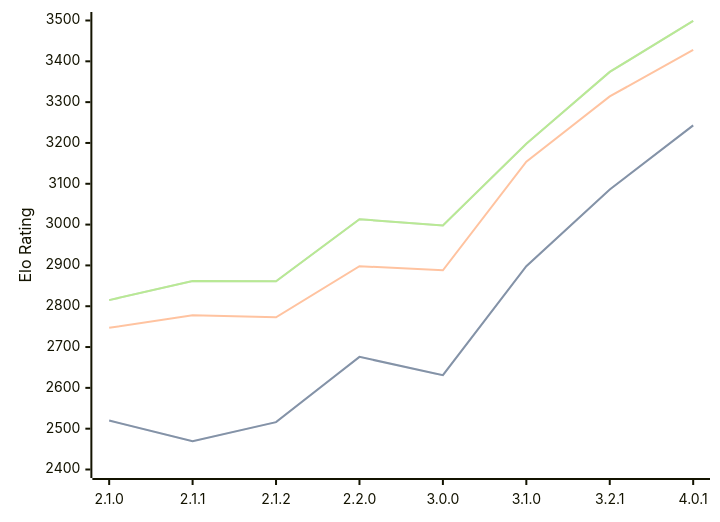
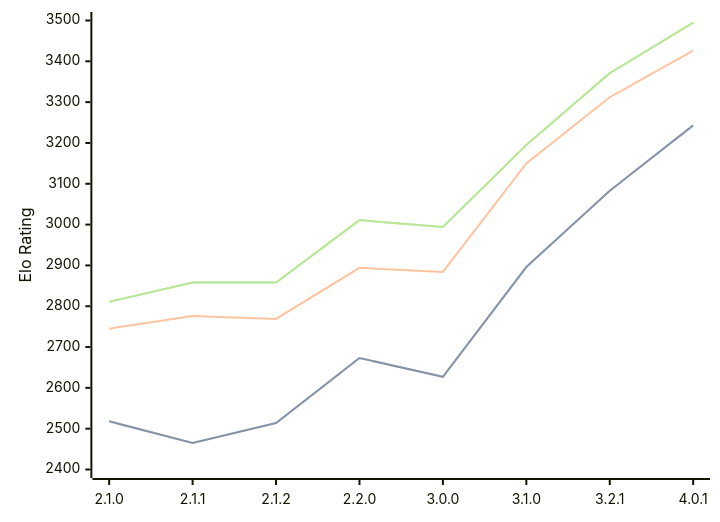
Before and after one commit to computer-chess-index/cci: the diagram in engines/Prune.md, drawn with Mermaid. The commit also changed other lines of this file, not shown here.

Commit message:
Update CCI Ratings (ELO VLTC) - 2026-08-12

````diff
--- a/engines/Prune.md
+++ b/engines/Prune.md
@@ -40,11 +40,11 @@
 ```mermaid
 %%{init: {"theme":"base","themeVariables":{"seriesColors:['#a3a3a3','#222221','#faa371']}}}%%
 xychart-beta
   x-axis ["2.1.0", "2.1.1", "2.1.2", "2.2.0", "3.0.0", "3.1.0", "3.2.1", "4.0.1"]
   y-axis "Elo Rating" 2400 --> 3500
-  line "STC (8.0+0.08s)" [2520, 2469, 2516, 2676, 2631, 2898, 3086, 3243]
-  line "STC (8.0+0.08s)" [2520, 2469, 2516, 2676, 2631, 2898, 3086, 3243]
-  line "LTC (60.0+0.60s)" [2747, 2778, 2773, 2898, 2888, 3154, 3314, 3428]
-  line "VLTC (2m24s+1.12s)" [2815, 2862, 2861, 3013, 2998, 3198, 3374, 3499]
-  line "VLTC (2m24s+1.12s)" [2815, 2862, 2861, 3013, 2998, 3198, 3374, 3499]
+  line "STC (8.0+0.08s)" [2518, 2465, 2514, 2673, 2627, 2896, 3083, 3243]
+  line "STC (8.0+0.08s)" [2518, 2465, 2514, 2673, 2627, 2896, 3083, 3243]
+  line "LTC (60.0+0.60s)" [2745, 2776, 2769, 2894, 2884, 3150, 3312, 3426]
+  line "VLTC (2m24s+1.12s)" [2811, 2858, 2858, 3011, 2994, 3195, 3371, 3495]
+  line "VLTC (2m24s+1.12s)" [2811, 2858, 2858, 3011, 2994, 3195, 3371, 3495]
 ```
````
